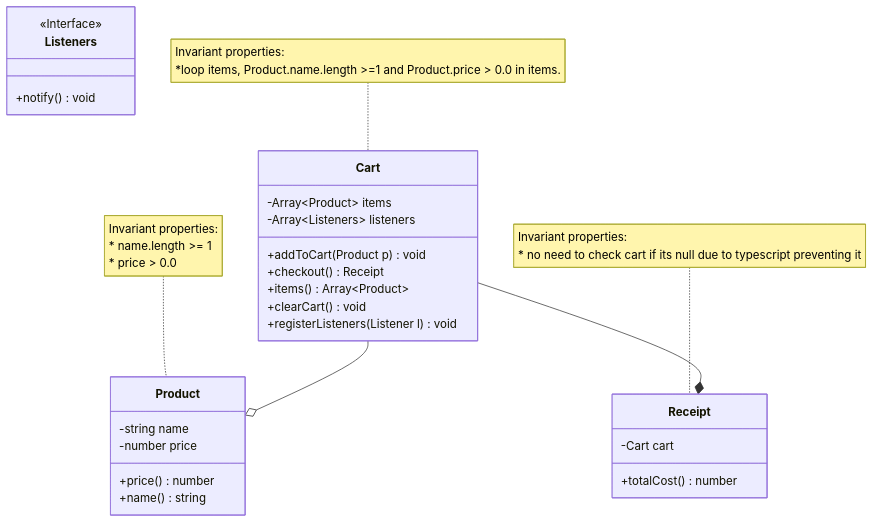
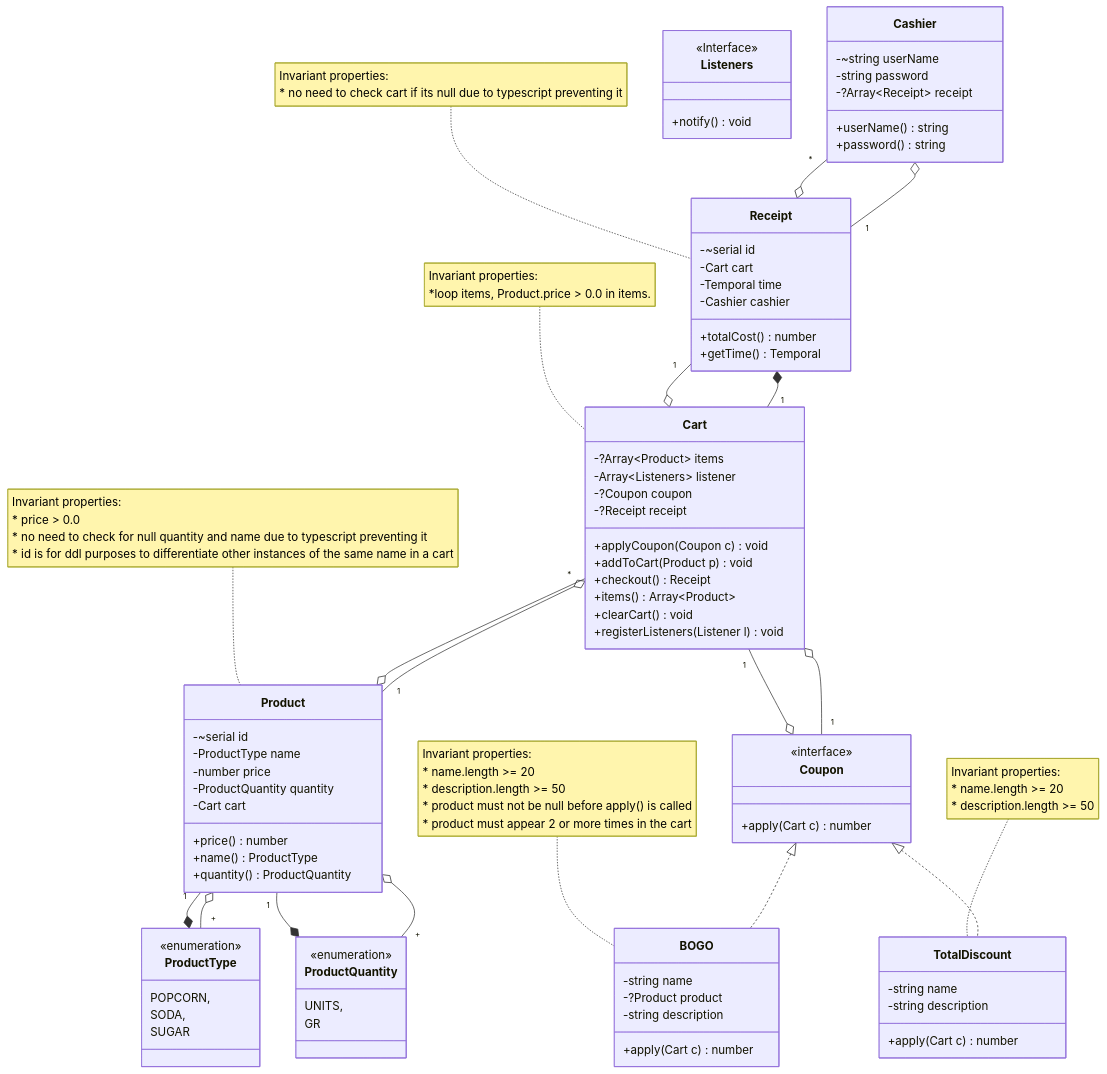
The diagram in domain.md (andre4352323/2452-pos), drawn with Mermaid before and after one commit. The commit also changed 19 other files, not shown here.

```diff
--- a/domain.md
+++ b/domain.md
@@ -10,34 +10,85 @@
 
     classDiagram
 
-        class Product{
-            
-            -string name
-            -number price
-    
-            +price() number
-            +name() string    
+
+        class Cashier{
+
+            -~string userName
+            -string password
+            -?Array~Receipt~ receipt 
+
+            +userName() string
+            +password() string
         }
 
+        Cashier "*" --o Receipt
+        
+        class Product{
+
+            -~serial id
+            -ProductType name
+            -number price
+            -ProductQuantity quantity
+            -Cart cart
+        
+            +price() number
+            +name() ProductType  
+            +quantity() ProductQuantity 
+        }
+
+        Product "1" --* ProductType
+        Product "1" --* ProductQuantity
+        Product "1" --o Cart
+        
         note for Product "Invariant properties:
-        * name.length >= 1
-        * price > 0.0"
+        * price > 0.0
+        * no need to check for null quantity and name due to typescript preventing it
+        * id is for ddl purposes to differentiate other instances of the same name in a cart"
 
-    
+        class ProductQuantity{
+            <<enumeration>>
+
+            UNITS,
+            GR
+        }
+
+        ProductQuantity "+" --o Product
+        
+        class ProductType {
+            <<enumeration>>
+
+            POPCORN,
+            SODA,
+            SUGAR
+        }
+
+         ProductType "+" --o Product
+
         class Receipt {
+            -~serial id
             -Cart cart
+            -Temporal time
+            -Cashier cashier
 
             +totalCost() number
+            +getTime() Temporal
             
         }
+
+        Receipt "1" --o Cashier
+        Receipt "1" --o Cart
 
         note for Receipt"Invariant properties:
         * no need to check cart if its null due to typescript preventing it"
 
         class Cart {
-            -Array~Product~ items
-            -Array~Listeners~ listeners
-
+            
+            -?Array~Product~ items
+            -Array~Listeners~ listener
+            -?Coupon coupon
+            -?Receipt receipt
+            
+            +applyCoupon(Coupon c) void
             +addToCart(Product p) void
             +checkout() Receipt
             +items() Array~Product~
@@ -45,11 +96,13 @@
             +registerListeners(Listener l) void
         }
 
+    
         note for Cart "Invariant properties:
-        *loop items, Product.name.length >=1 and Product.price > 0.0 in items."
+        *loop items, Product.price > 0.0 in items."
 
-        Cart --o Product
-        Cart --* Receipt
+        Cart "*" --o Product
+        Cart "1" --o Coupon
+        Cart "1" --* Receipt
 
         class Listeners{
             <<Interface>>
@@ -57,4 +110,45 @@
             +notify() void
         }
 
+        class Coupon{
+            <<interface>>
+            
+            +apply(Cart c) number
+        }
+
+        Coupon "1" --o Cart
+
+        class BOGO{
+
+            -string name
+            -?Product product
+            -string description
+
+            +apply(Cart c) number
+            
+        }
+
+        note for BOGO "Invariant properties:
+        * name.length >= 20
+        * description.length >= 50
+        * product must not be null before apply() is called
+        * product must appear 2 or more times in the cart"
+
+        Coupon <|.. BOGO
+
+        class TotalDiscount{
+
+            -string name
+            -string description
+
+            +apply(Cart c) number
+
+        }
+
+        note for TotalDiscount "Invariant properties:
+        * name.length >= 20
+        * description.length >= 50"
+
+        Coupon <|.. TotalDiscount
+  
 :::
```
